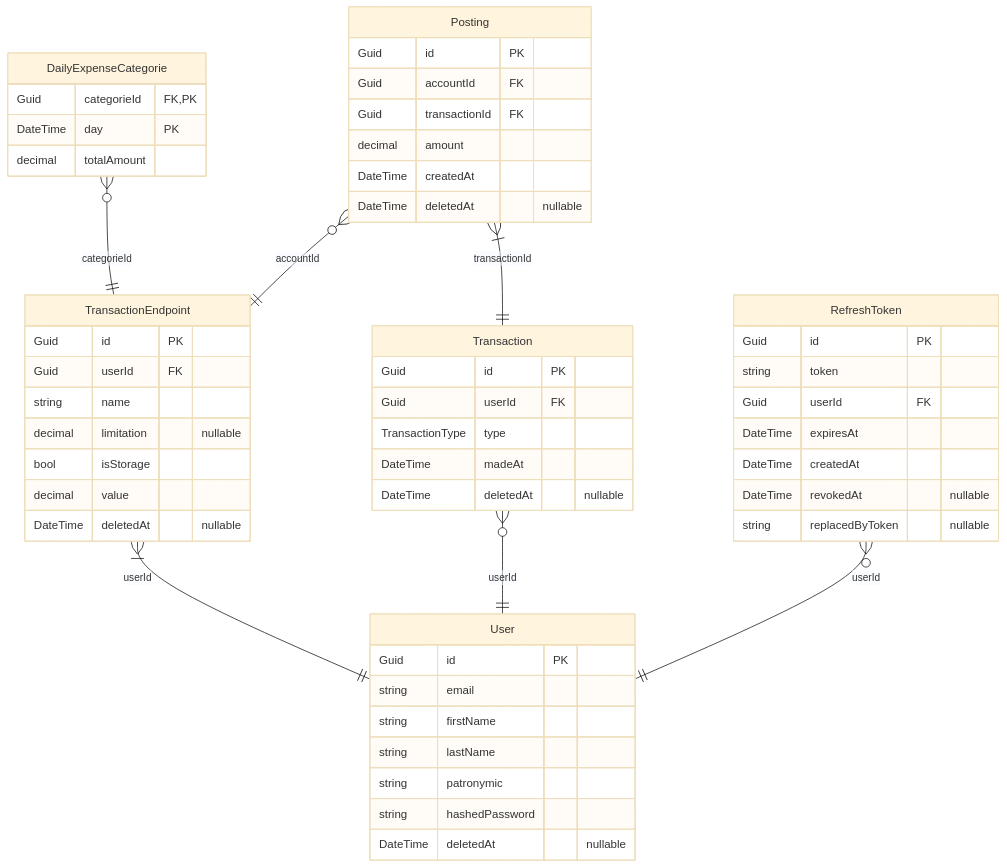
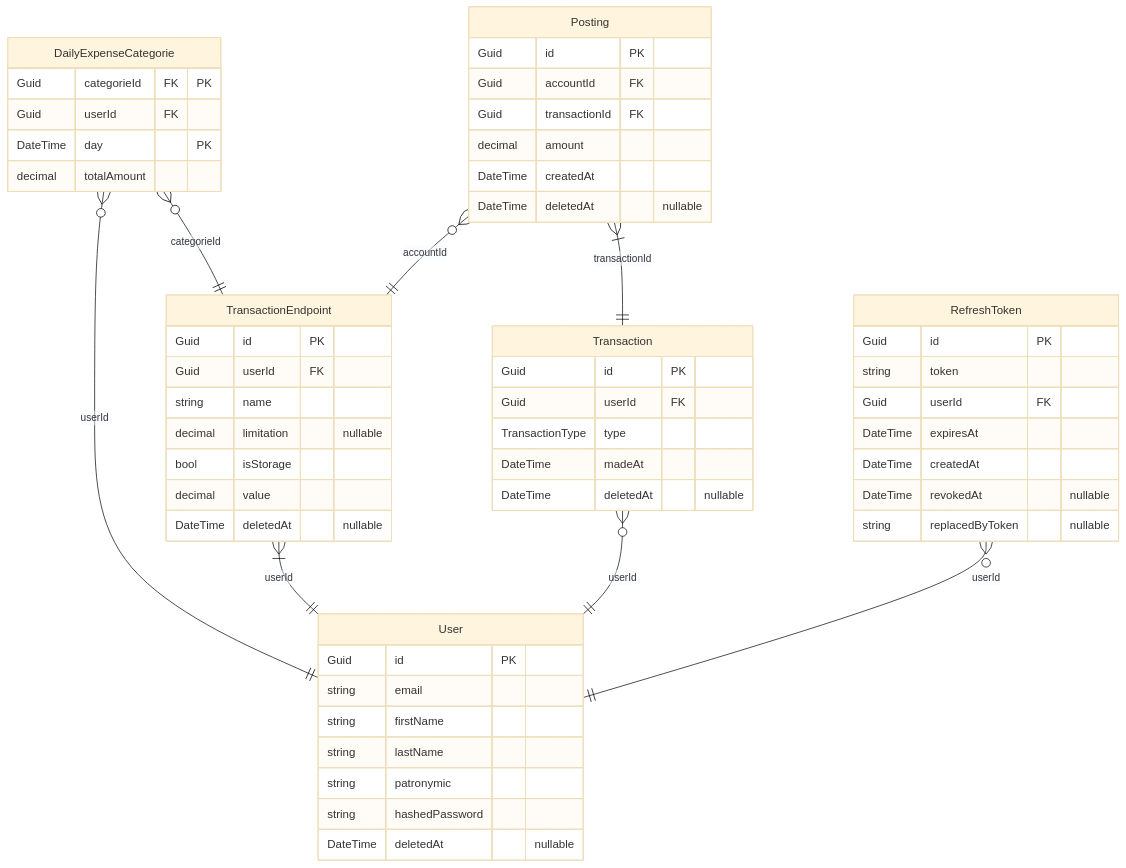
One commit to Pipotka/SmartWallet changed the diagram in bd.md. Above: the diagram before and after it, drawn with Mermaid (base theme). The commit also changed 8 other files, not shown here.

First line of the commit message:
Add UserId to DailyExpenseCategorie; use NoAction for FK delete behavior

````diff
--- a/bd.md
+++ b/bd.md
@@ -1,61 +1,63 @@
 ```mermaid
 erDiagram
     DailyExpenseCategorie }o--|| TransactionEndpoint : categorieId
+    DailyExpenseCategorie }o--|| User : userId
     DailyExpenseCategorie {
-        Guid categorieId FK,PK
-        DateTime day PK
+        Guid categorieId FK "PK"
+        Guid userId FK
+        DateTime day "PK"
         decimal totalAmount
     }
 
     TransactionEndpoint }|--|| User : userId
     TransactionEndpoint {
         Guid id PK
         Guid userId FK
         string name
         decimal limitation "nullable"
         bool isStorage
         decimal value
         DateTime deletedAt "nullable"
     }
 
     Transaction }o--|| User : userId
     Transaction {
         Guid id PK
         Guid userId FK
         TransactionType type
         DateTime madeAt
         DateTime deletedAt "nullable"
     }
 
     Posting }o--|| TransactionEndpoint : accountId
     Posting }|--|| Transaction : transactionId
     Posting {
         Guid id PK
         Guid accountId FK
         Guid transactionId FK
         decimal amount
         DateTime createdAt
         DateTime deletedAt "nullable"
     }
   
     User {
         Guid id PK
         string email
         string firstName
         string lastName
         string patronymic
         string hashedPassword
         DateTime deletedAt "nullable"
     }
 
     RefreshToken }o--|| User : userId
     RefreshToken {
         Guid id PK
         string token
         Guid userId FK
         DateTime expiresAt
         DateTime createdAt
         DateTime revokedAt "nullable"
         string replacedByToken "nullable"
     }
 ```
````
